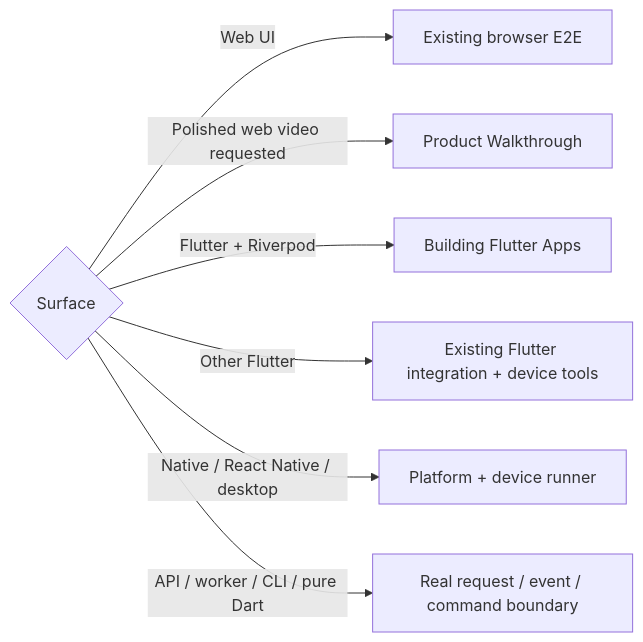
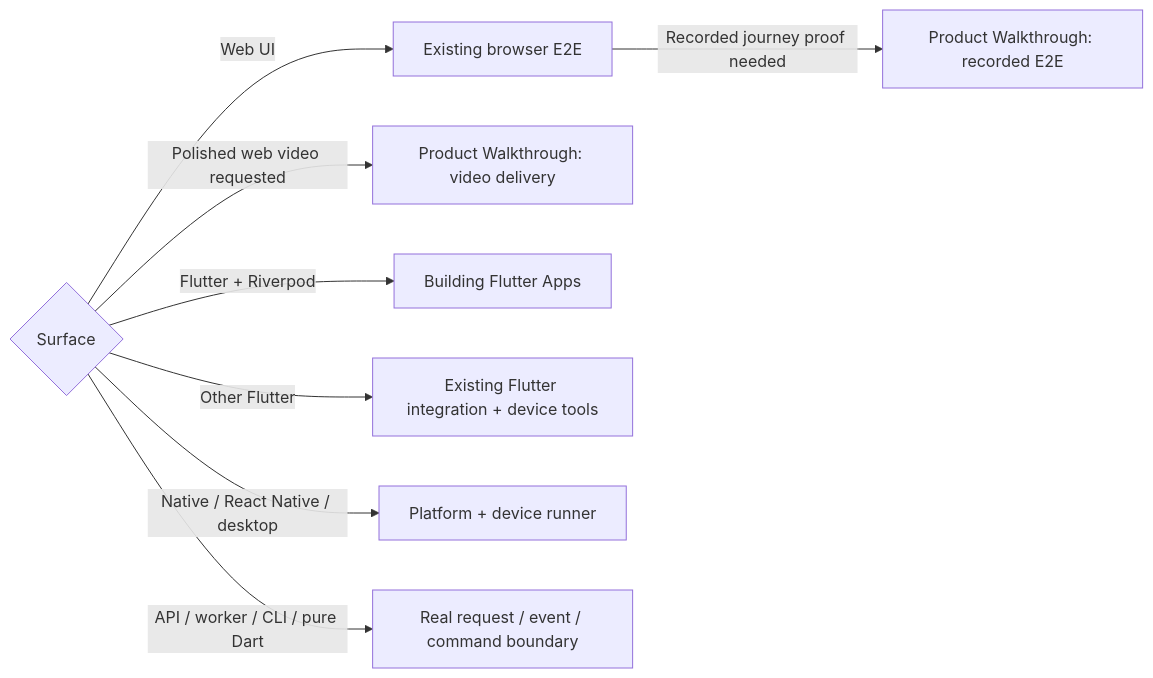
One commit to sgaabdu4/hard-eng changed the diagram in .agents/skills/e2e/SKILL.md. Above: the diagram before and after it, drawn with Mermaid. The commit also changed other lines of this file and 39 other files, not shown here.

````diff
--- a/.agents/skills/e2e/SKILL.md
+++ b/.agents/skills/e2e/SKILL.md
@@ -12,11 +12,13 @@
 ```mermaid
 flowchart LR
   S{Surface} -->|Web UI| B[Existing browser E2E]
-  S -->|Polished web video requested| V[Product Walkthrough]
+  B -->|Recorded journey proof needed| V[Product Walkthrough: recorded E2E]
+  S -->|Polished web video requested| D[Product Walkthrough: video delivery]
   S -->|Flutter + Riverpod| F[Building Flutter Apps]
   S -->|Other Flutter| I[Existing Flutter integration + device tools]
   S -->|Native / React Native / desktop| N[Platform + device runner]
   S -->|API / worker / CLI / pure Dart| A[Real request / event / command boundary]
   click V "../product-walkthrough-video/SKILL.md"
+  click D "../product-walkthrough-video/SKILL.md"
   click F "../building-flutter-apps/SKILL.md"
 ```
````
